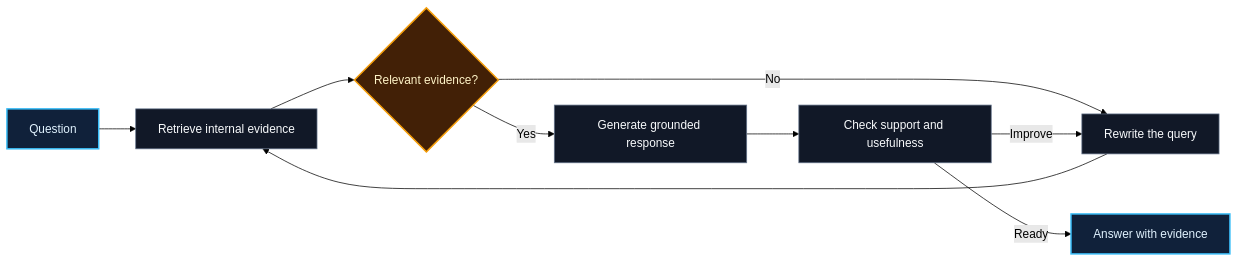
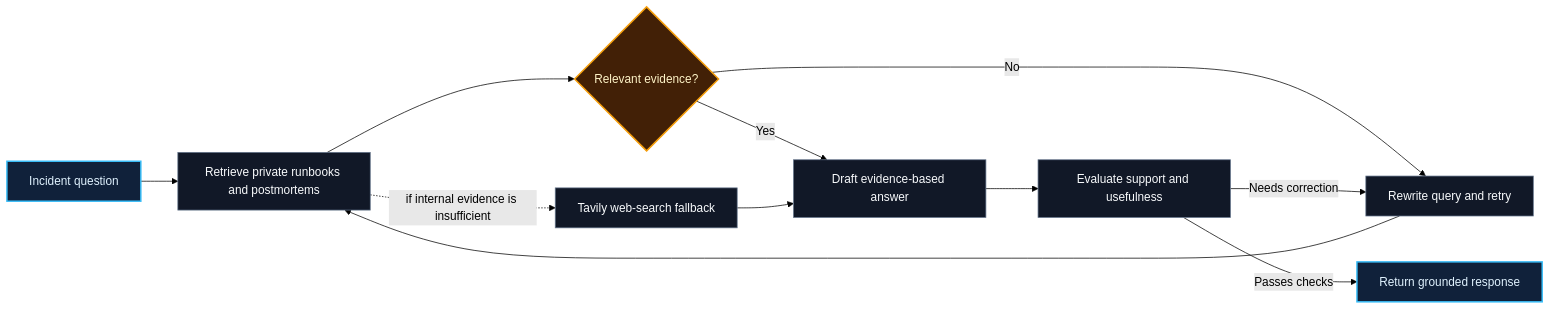
Before and after one commit to Pradeep-Kumar-30/pradeep-kumar-30: the third of 4 diagrams in README.md, drawn with Mermaid (forest theme). The commit also changed other lines of this file, not shown here.

````diff
--- a/README.md
+++ b/README.md
@@ -106,19 +111,20 @@
 ```mermaid
 flowchart LR
-    U[Question] --> R[Retrieve internal evidence]
+    U[Incident question] --> R[Retrieve private runbooks and postmortems]
     R --> G{Relevant evidence?}
-    G -->|No| Q[Rewrite the query]
+    G -->|No| Q[Rewrite query and retry]
     Q --> R
-    G -->|Yes| A[Generate grounded response]
-    A --> V[Check support and usefulness]
-    V -->|Improve| Q
-    V -->|Ready| O[Answer with evidence]
-
-    classDef start fill:#10213A,stroke:#38BDF8,color:#E0F2FE,stroke-width:2px
+    G -->|Yes| A[Draft evidence-based answer]
+    R -. if internal evidence is insufficient .-> W[Tavily web-search fallback]
+    W --> A
+    A --> E[Evaluate support and usefulness]
+    E -->|Needs correction| Q
+    E -->|Passes checks| O[Return grounded response]
+    classDef entry fill:#10213A,stroke:#38BDF8,color:#E0F2FE,stroke-width:2px
     classDef step fill:#111827,stroke:#64748B,color:#F8FAFC
-    classDef gate fill:#422006,stroke:#F59E0B,color:#FEF3C7,stroke-width:2px
-    classDef done fill:#052E16,stroke:#22C55E,color:#DCFCE7,stroke-width:2px
-    class U,O start
-    class R,Q,A,V step
-    class G gate
+    classDef choice fill:#422006,stroke:#F59E0B,color:#FEF3C7,stroke-width:2px
+    classDef result fill:#052E16,stroke:#22C55E,color:#DCFCE7,stroke-width:2px
+    class U,O entry
+    class R,Q,A,E,W step
+    class G choice
 ```
````
